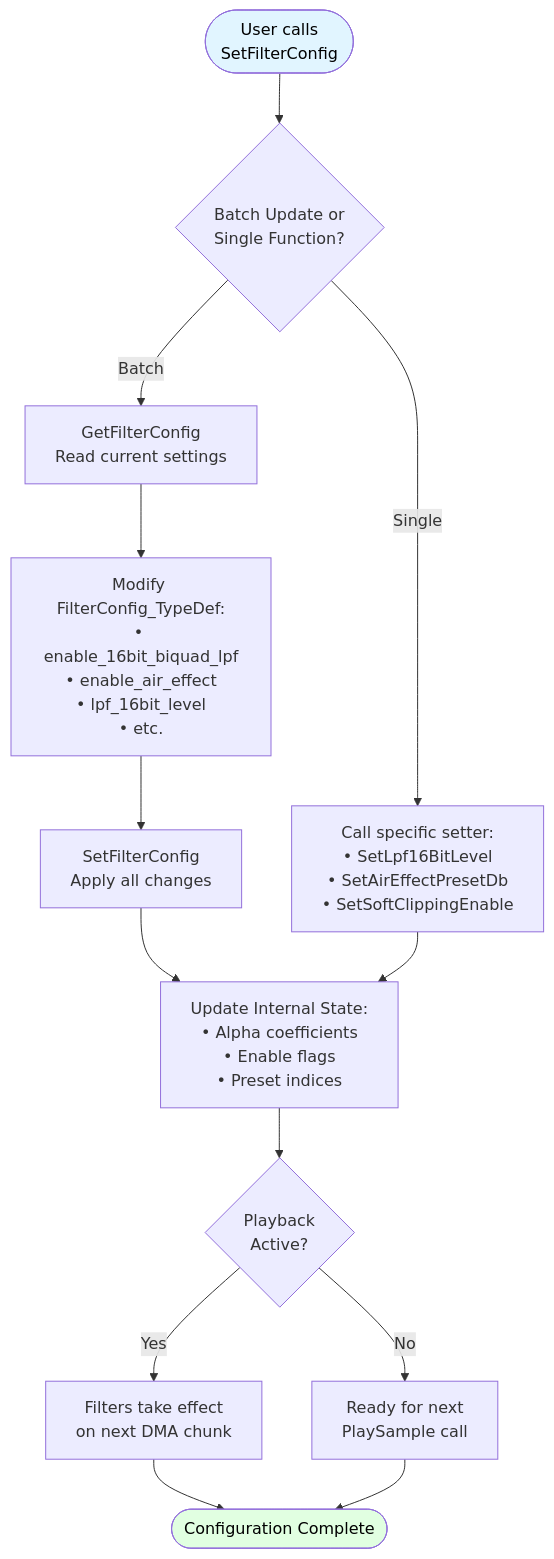
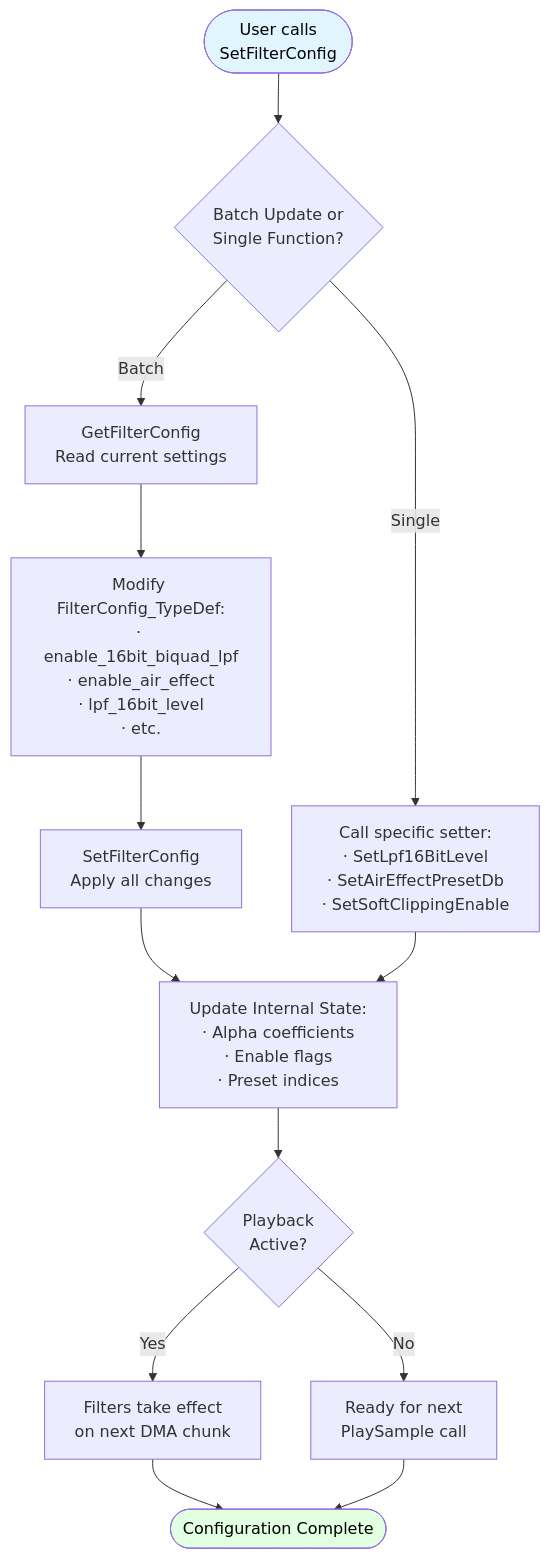
The sixth of 10 diagrams in Application/CR2-VSCode/Docs/site/assets/docs/AUDIO_ENGINE_FLOWCHART.md (JennyDigital/Doorchime-CR2-VSCode), drawn with Mermaid before and after one commit. The commit also changed other lines of this file and 21 other files, not shown here.

````diff
--- a/Application/CR2-VSCode/Docs/site/assets/docs/AUDIO_ENGINE_FLOWCHART.md
+++ b/Application/CR2-VSCode/Docs/site/assets/docs/AUDIO_ENGINE_FLOWCHART.md
@@ -235,25 +235,25 @@
 ```mermaid
 flowchart TD
   UserConfig([User calls<br/>SetFilterConfig]) --> Batch{Batch Update or<br/>Single Function?}
   
   Batch -->|Batch| GetCurrent["GetFilterConfig<br/>Read current settings"]
-  Batch -->|Single| DirectSet["Call specific setter:<br/>• SetLpf16BitLevel<br/>• SetAirEffectPresetDb<br/>• SetSoftClippingEnable"]
+  Batch -->|Single| DirectSet["Call specific setter:<br/>&middot; SetLpf16BitLevel<br/>&middot; SetAirEffectPresetDb<br/>&middot; SetSoftClippingEnable"]
   
-  GetCurrent --> Modify["Modify FilterConfig_TypeDef:<br/>• enable_16bit_biquad_lpf<br/>• enable_air_effect<br/>• lpf_16bit_level<br/>• etc."]
+  GetCurrent --> Modify["Modify FilterConfig_TypeDef:<br/>&middot; enable_16bit_biquad_lpf<br/>&middot; enable_air_effect<br/>&middot; lpf_16bit_level<br/>&middot; etc."]
   
   Modify --> SetBatch["SetFilterConfig<br/>Apply all changes"]
   
-  SetBatch --> UpdateState["Update Internal State:<br/>• Alpha coefficients<br/>• Enable flags<br/>• Preset indices"]
+  SetBatch --> UpdateState["Update Internal State:<br/>&middot; Alpha coefficients<br/>&middot; Enable flags<br/>&middot; Preset indices"]
   DirectSet --> UpdateState
   
   UpdateState --> CheckActive{Playback<br/>Active?}
   
   CheckActive -->|Yes| ApplyNext["Filters take effect<br/>on next DMA chunk"]
   CheckActive -->|No| Ready["Ready for next<br/>PlaySample call"]
   
   ApplyNext --> Done1([Configuration Complete])
   Ready --> Done1
 
   style UserConfig fill:#e1f5ff,color:#000000
   style Done1 fill:#e1ffe1,color:#000000
 ```
````
